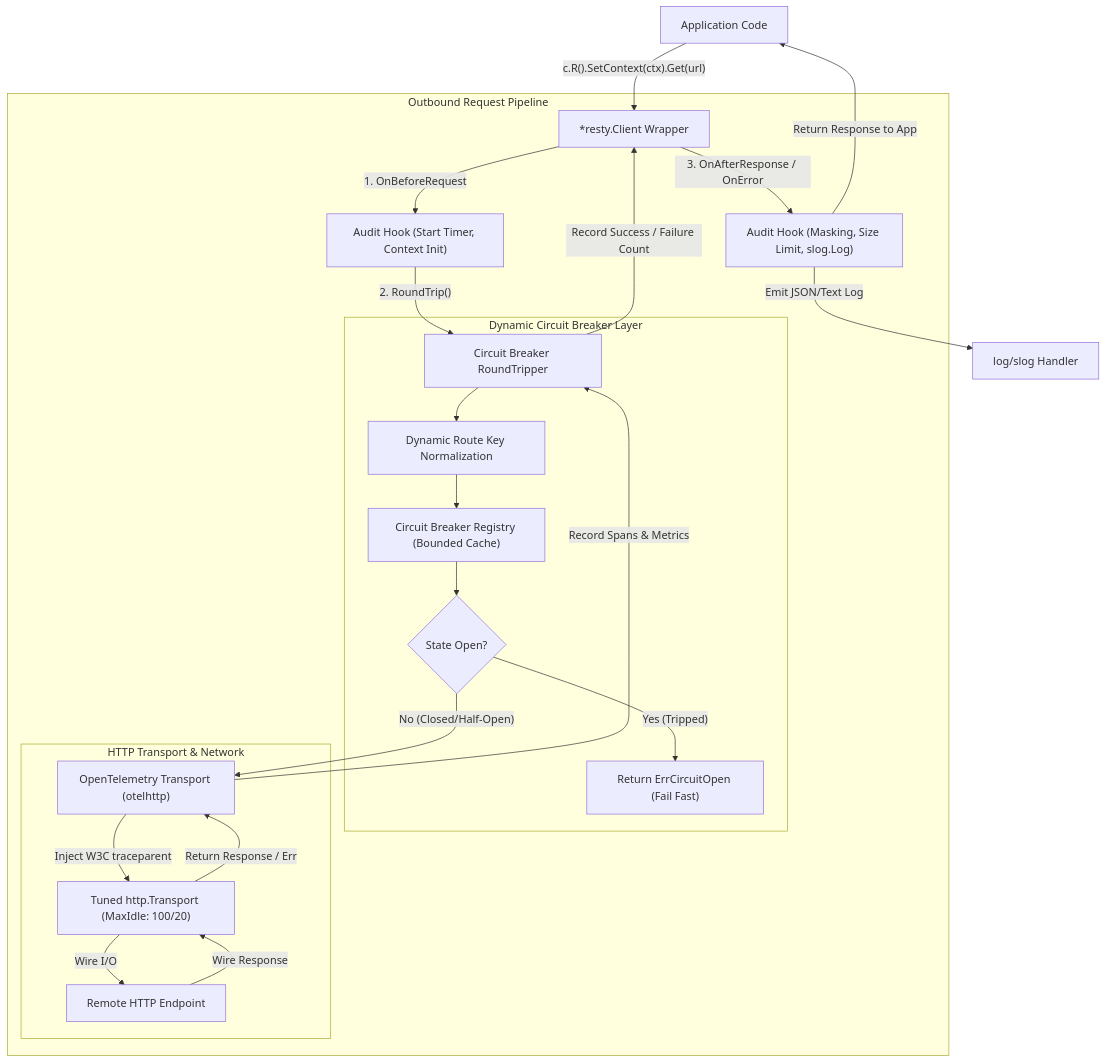
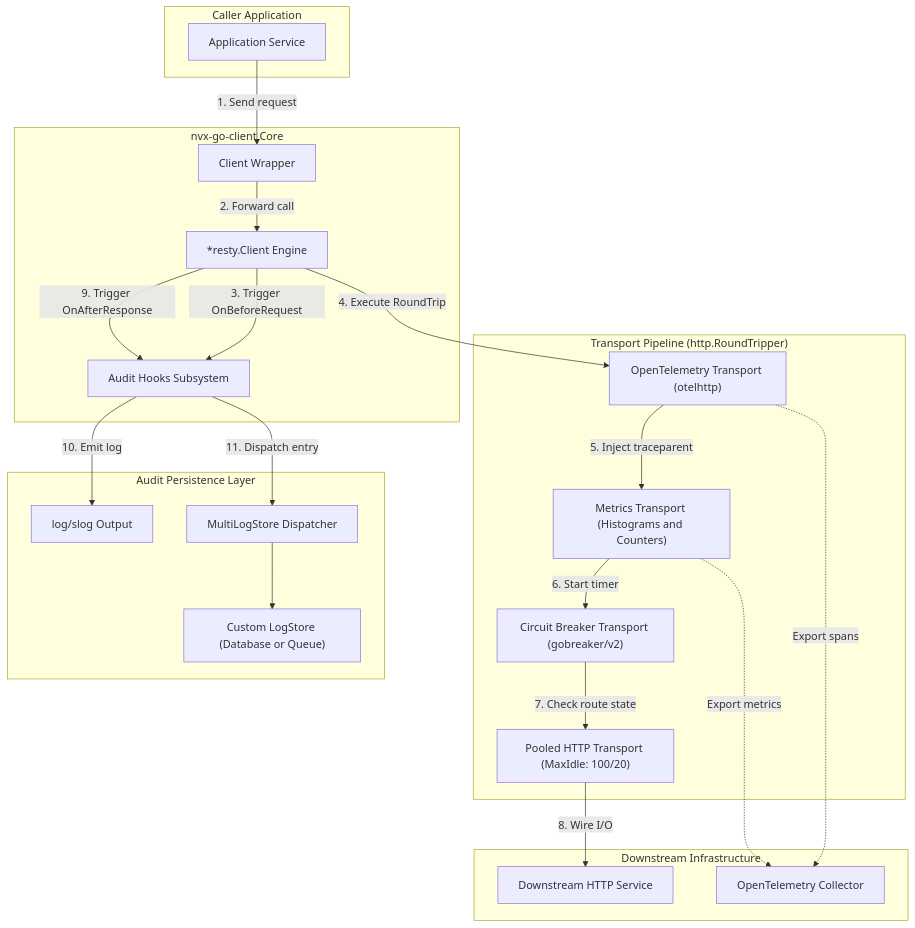
Before and after one commit to Jkenyut/nvx-go-client: the first of 4 diagrams in README.md, drawn with Mermaid. The commit also changed other lines of this file and 10 other files, not shown here.

Commit message:
feat: add OpenTelemetry metrics transport, URL query sanitization, and CI workflow

````diff
--- a/README.md
+++ b/README.md
@@ -364,32 +382,48 @@
 ```mermaid
-graph TD
-    UserCode["Application Code"] -->|"c.R().SetContext(ctx).Get(url)"| RestyClient["*resty.Client Wrapper"]
-    
-    subgraph ClientPipeline["Outbound Request Pipeline"]
-        RestyClient -->|"1. OnBeforeRequest"| AuditHookPre["Audit Hook (Start Timer, Context Init)"]
-        AuditHookPre -->|"2. RoundTrip()"| CBTransport["Circuit Breaker RoundTripper"]
-        
-        subgraph CircuitBreakerCore["Dynamic Circuit Breaker Layer"]
-            CBTransport --> RouteNorm["Dynamic Route Key Normalization"]
-            RouteNorm --> CBMgr["Circuit Breaker Registry (Bounded Cache)"]
-            CBMgr --> StateCheck{"State Open?"}
-            StateCheck -->|"Yes (Tripped)"| ErrOpen["Return ErrCircuitOpen (Fail Fast)"]
-        end
-        
-        StateCheck -->|"No (Closed/Half-Open)"| OTelTransport["OpenTelemetry Transport (otelhttp)"]
-        
-        subgraph NetworkLayer["HTTP Transport & Network"]
-            OTelTransport -->|"Inject W3C traceparent"| HTTPTransport["Tuned http.Transport (MaxIdle: 100/20)"]
-            HTTPTransport -->|"Wire I/O"| RemoteService["Remote HTTP Endpoint"]
-            RemoteService -->|"Wire Response"| HTTPTransport
-        end
-        
-        HTTPTransport -->|"Return Response / Err"| OTelTransport
-        OTelTransport -->|"Record Spans & Metrics"| CBTransport
-        CBTransport -->|"Record Success / Failure Count"| RestyClient
-        RestyClient -->|"3. OnAfterResponse / OnError"| AuditHookPost["Audit Hook (Masking, Size Limit, slog.Log)"]
+flowchart TD
+    subgraph CALLER["Caller Application"]
+        App["Application Service"]
     end
-    
-    AuditHookPost -->|"Emit JSON/Text Log"| SlogLogger["log/slog Handler"]
-    AuditHookPost -->|"Return Response to App"| UserCode
+
+    subgraph CLIENT["nvx-go-client Core"]
+        ClientInstance["Client Wrapper"]
+        RestyClient["*resty.Client Engine"]
+        AuditEngine["Audit Hooks Subsystem"]
+    end
+
+    subgraph PIPELINE["Transport Pipeline (http.RoundTripper)"]
+        OTelTransport["OpenTelemetry Transport (otelhttp)"]
+        MetricsTransport["Metrics Transport (Histograms and Counters)"]
+        CBTransport["Circuit Breaker Transport (gobreaker/v2)"]
+        BaseTransport["Pooled HTTP Transport (MaxIdle: 100/20)"]
+    end
+
+    subgraph STORAGE["Audit Persistence Layer"]
+        SlogLogger["log/slog Output"]
+        MultiStore["MultiLogStore Dispatcher"]
+        CustomStore["Custom LogStore (Database or Queue)"]
+    end
+
+    subgraph REMOTE["Downstream Infrastructure"]
+        RemoteAPI["Downstream HTTP Service"]
+        OTelCollector["OpenTelemetry Collector"]
+    end
+
+    App -->|"1. Send request"| ClientInstance
+    ClientInstance -->|"2. Forward call"| RestyClient
+    RestyClient -->|"3. Trigger OnBeforeRequest"| AuditEngine
+    RestyClient -->|"4. Execute RoundTrip"| OTelTransport
+
+    OTelTransport -->|"5. Inject traceparent"| MetricsTransport
+    MetricsTransport -->|"6. Start timer"| CBTransport
+    CBTransport -->|"7. Check route state"| BaseTransport
+    BaseTransport -->|"8. Wire I/O"| RemoteAPI
+
+    OTelTransport -.->|"Export spans"| OTelCollector
+    MetricsTransport -.->|"Export metrics"| OTelCollector
+
+    RestyClient -->|"9. Trigger OnAfterResponse"| AuditEngine
+    AuditEngine -->|"10. Emit log"| SlogLogger
+    AuditEngine -->|"11. Dispatch entry"| MultiStore
+    MultiStore --> CustomStore
 ```
````
